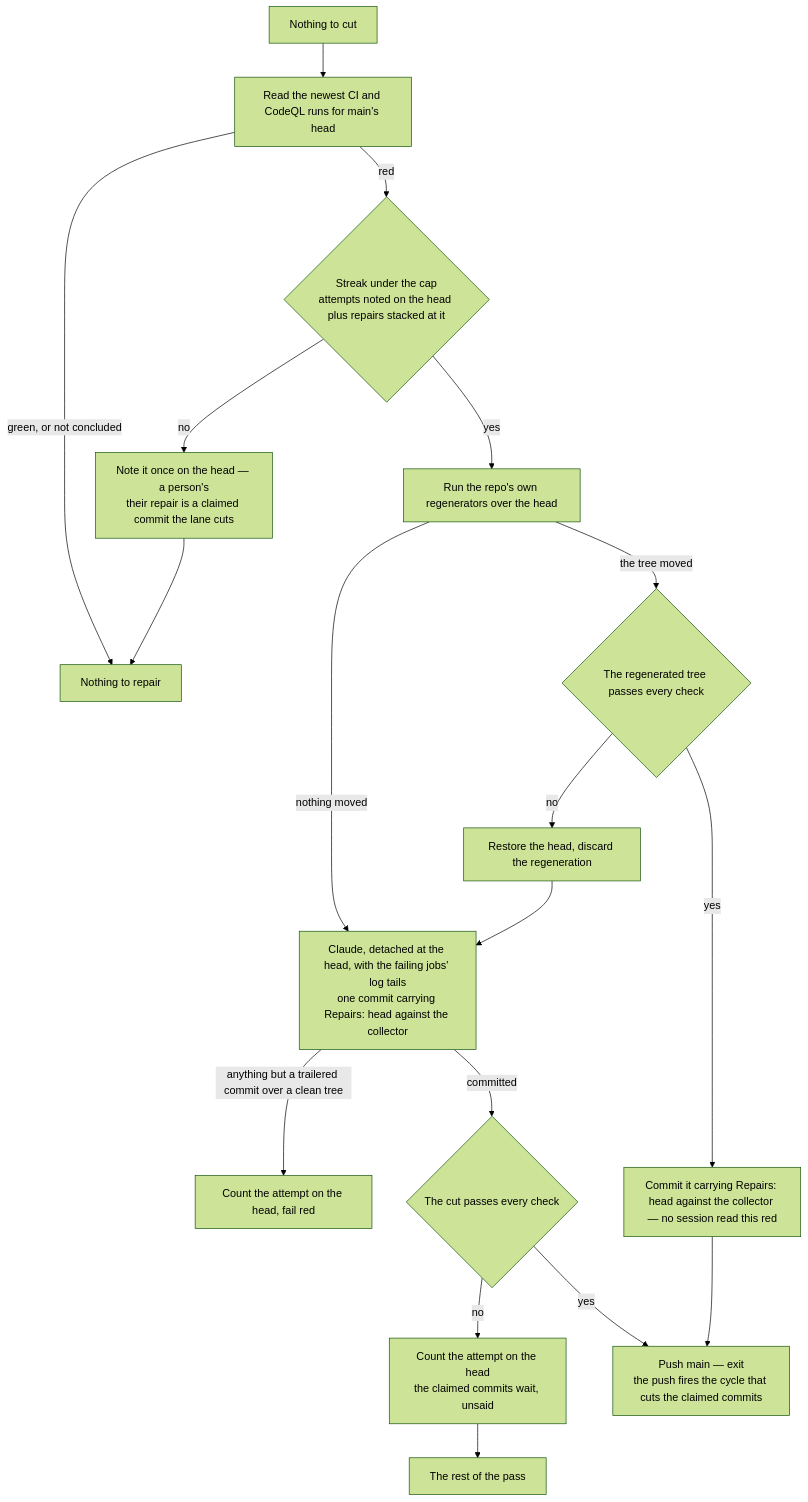
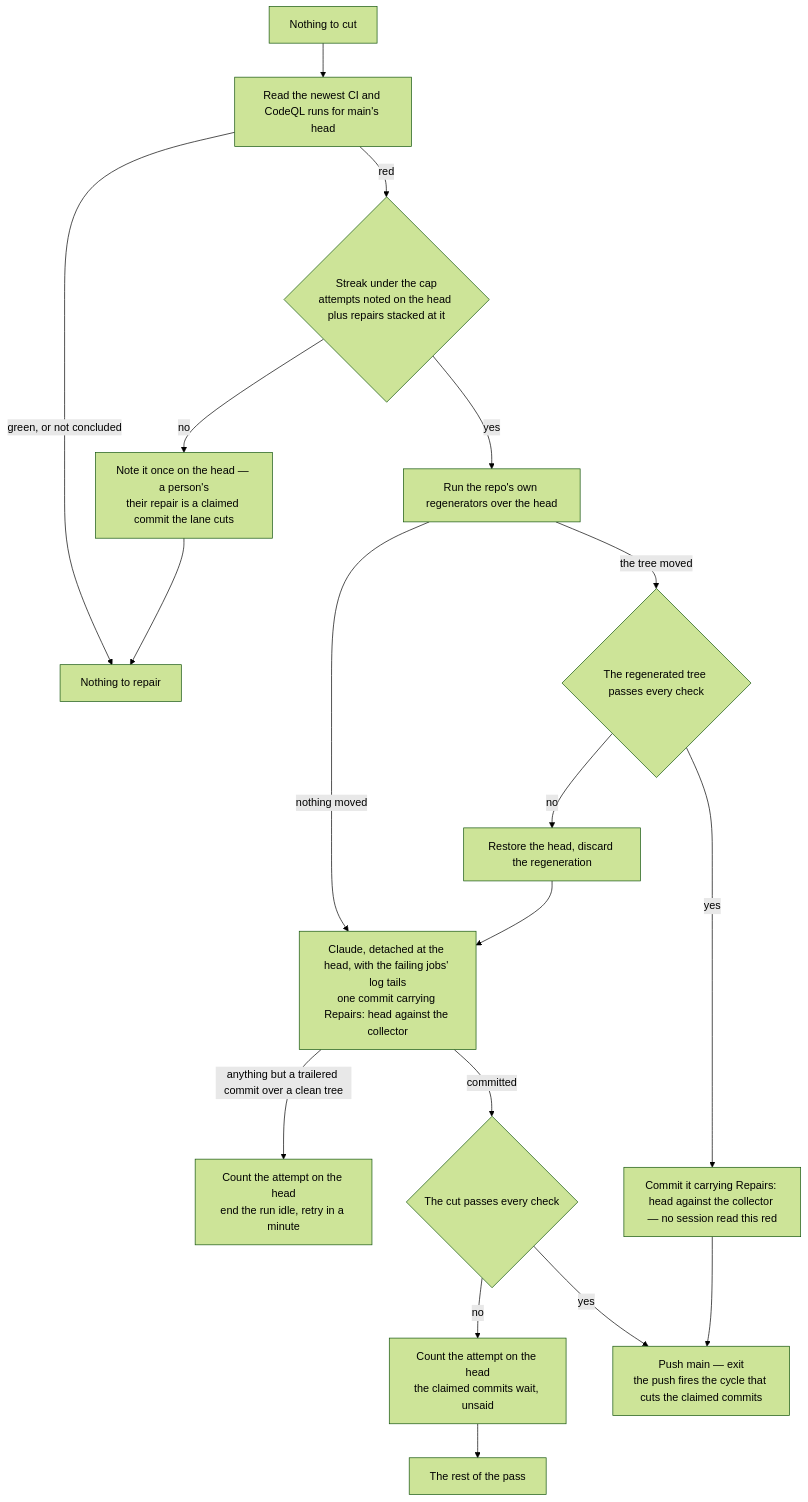
One commit to Esposter/Esposter changed the diagram in apps/web/content/docs/infra/review-collector/repair.md. Above: the diagram before and after it, drawn with Mermaid (forest theme). The commit also changed other lines of this file and 26 other files, not shown here.

````diff
--- a/apps/web/content/docs/infra/review-collector/repair.md
+++ b/apps/web/content/docs/infra/review-collector/repair.md
@@ -14,17 +14,17 @@
 ```mermaid
 flowchart TD
   E[Nothing to cut] --> R[Read the newest CI and CodeQL runs for main's head]
   R -->|green, or not concluded| L[Nothing to repair]
   R -->|red| S{Streak under the cap<br/>attempts noted on the head plus repairs stacked at it}
   S -->|no| P[Note it once on the head — a person's<br/>their repair is a claimed commit the lane cuts] --> L
   S -->|yes| G[Run the repo's own regenerators over the head]
   G -->|nothing moved| C
   G -->|the tree moved| GV{The regenerated tree passes every check}
   GV -->|no| RS[Restore the head, discard the regeneration] --> C
   GV -->|yes| GC[Commit it carrying Repairs: head against the collector — no session read this red] --> PU
   C[Claude, detached at the head, with the failing jobs' log tails<br/>one commit carrying Repairs: head against the collector]
-  C -->|anything but a trailered commit over a clean tree| F[Count the attempt on the head, fail red]
+  C -->|anything but a trailered commit over a clean tree| F[Count the attempt on the head<br/>end the run idle, retry in a minute]
   C -->|committed| V{The cut passes every check}
   V -->|no| N[Count the attempt on the head<br/>the claimed commits wait, unsaid] --> L2[The rest of the pass]
   V -->|yes| PU[Push main — exit<br/>the push fires the cycle that cuts the claimed commits]
 ```
````
